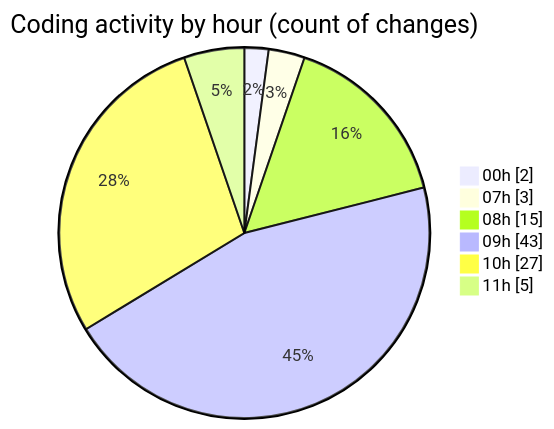
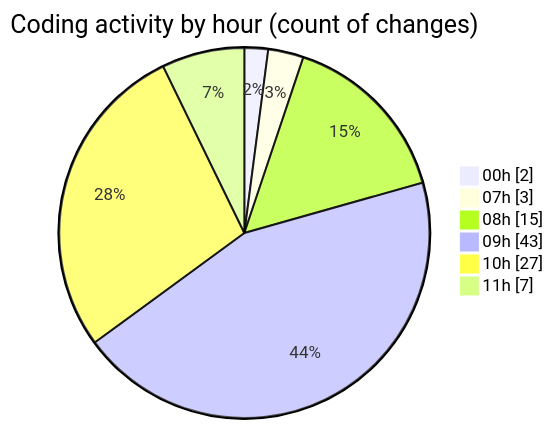
One commit to donsfak/code-tracking changed the second of 2 diagrams in 2025-02-10/maps_clone/README.md. Above: the diagram before and after it, drawn with Mermaid. The commit also changed other lines of this file and 1 other file, not shown here.

````diff
--- a/2025-02-10/maps_clone/README.md
+++ b/2025-02-10/maps_clone/README.md
@@ -44,10 +46,10 @@
 ```mermaid
 pie showData
 title Coding activity by hour (count of changes)
 "00h" : 2
 "07h" : 3
 "08h" : 15
 "09h" : 43
 "10h" : 27
-"11h" : 5
+"11h" : 7
 ```
````
